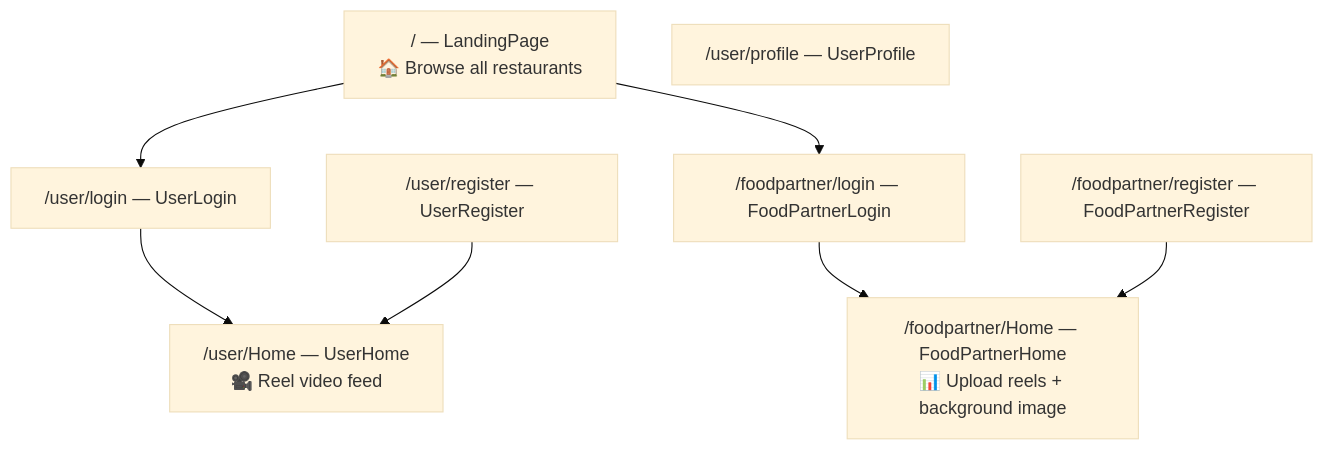
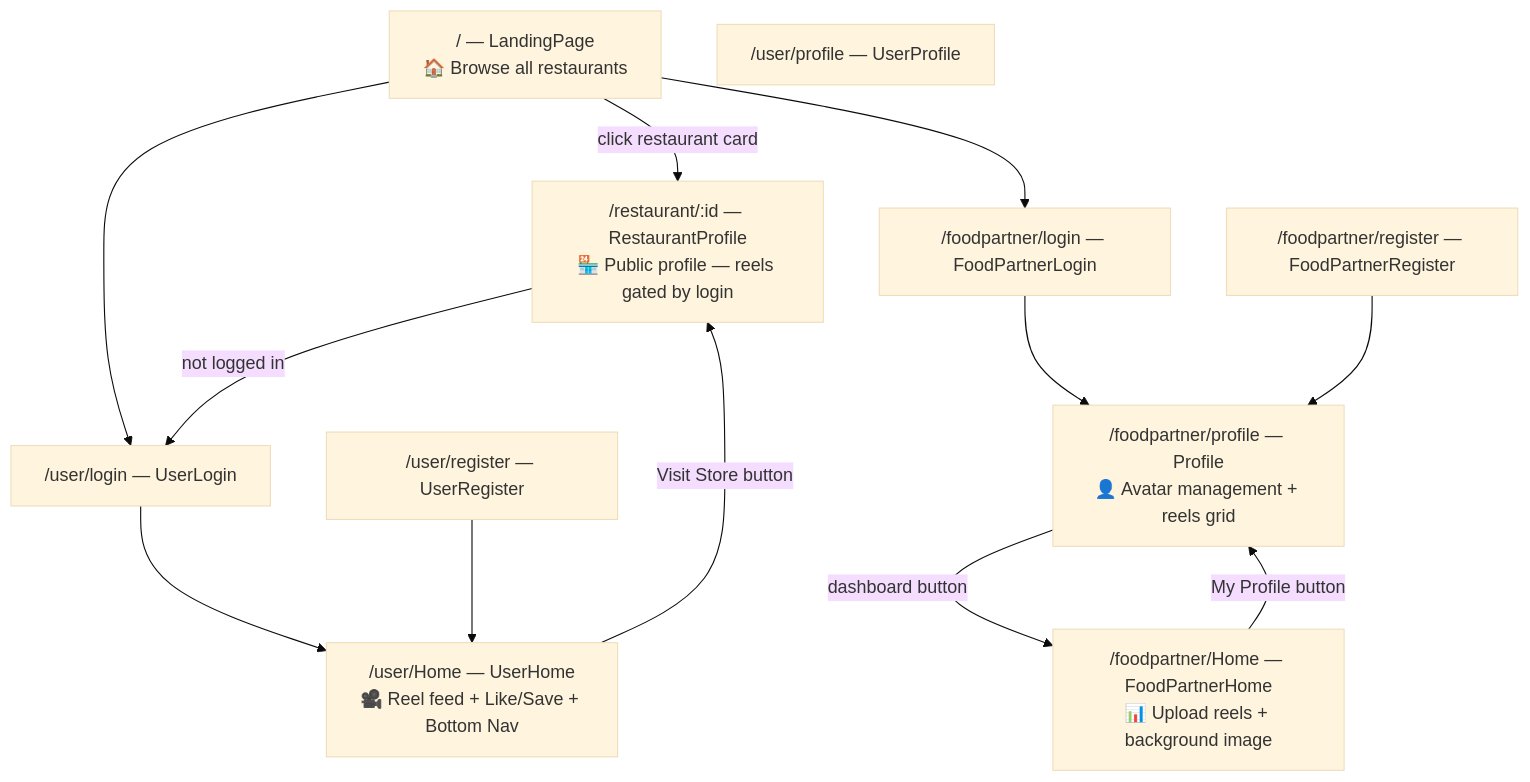
Before and after one commit to gauravs2430/ZomoReels: the sixth of 6 diagrams in README.md, drawn with Mermaid (base theme). The commit also changed other lines of this file, not shown here.

````diff
--- a/README.md
+++ b/README.md
@@ -218,18 +264,25 @@
 ```mermaid
 graph TD
-    Root["/ — LandingPage\n🏠 Browse all restaurants"] 
-    UHome["/user/Home — UserHome\n🎥 Reel video feed"]
+    Root["/ — LandingPage\n🏠 Browse all restaurants"]
+    UHome["/user/Home — UserHome\n🎥 Reel feed + Like/Save + Bottom Nav"]
     ULogin["/user/login — UserLogin"]
     UReg["/user/register — UserRegister"]
     UProfile["/user/profile — UserProfile"]
+    RestProfile["/restaurant/:id — RestaurantProfile\n🏪 Public profile — reels gated by login"]
     FPLogin["/foodpartner/login — FoodPartnerLogin"]
     FPReg["/foodpartner/register — FoodPartnerRegister"]
+    FPProfile["/foodpartner/profile — Profile\n👤 Avatar management + reels grid"]
     FPHome["/foodpartner/Home — FoodPartnerHome\n📊 Upload reels + background image"]
 
+    Root -->|click restaurant card| RestProfile
     Root --> ULogin
     Root --> FPLogin
     ULogin --> UHome
     UReg --> UHome
-    FPLogin --> FPHome
-    FPReg --> FPHome
+    UHome -->|Visit Store button| RestProfile
+    RestProfile -->|not logged in| ULogin
+    FPLogin --> FPProfile
+    FPReg --> FPProfile
+    FPProfile -->|dashboard button| FPHome
+    FPHome -->|My Profile button| FPProfile
 ```
````
